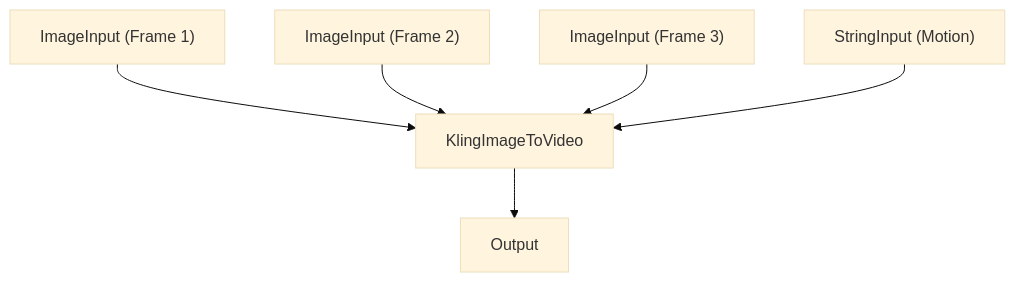
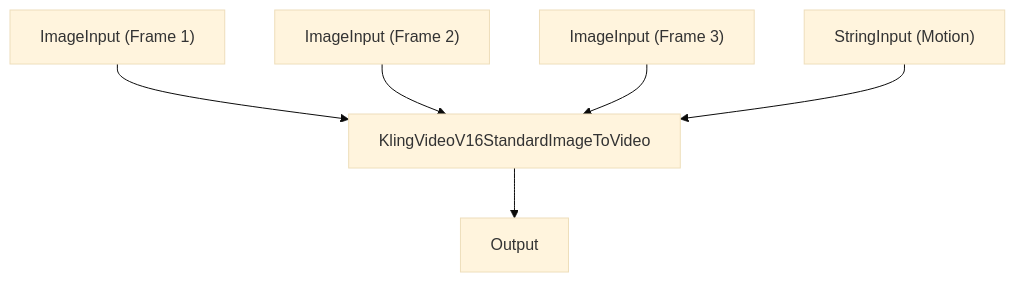
Diagram 14 of 17 in docs/cookbook/patterns.md (nodetool-ai/nodetool), drawn with Mermaid (base theme) before and after one commit. The commit also changed other lines of this file and 46 other files, not shown here.

```diff
--- a/docs/cookbook/patterns.md
+++ b/docs/cookbook/patterns.md
@@ -485,14 +480,14 @@
 {% mermaid %}
 graph TD
   image1["ImageInput (Frame 1)"]
   image2["ImageInput (Frame 2)"]
   image3["ImageInput (Frame 3)"]
   motion_prompt["StringInput (Motion)"]
   output["Output"]
-  kling_i2v["KlingImageToVideo"]
+  kling_i2v["KlingVideoV16StandardImageToVideo"]
   kling_i2v --> output
   image1 --> kling_i2v
   image2 --> kling_i2v
   image3 --> kling_i2v
   motion_prompt --> kling_i2v
 {% endmermaid %}
```
